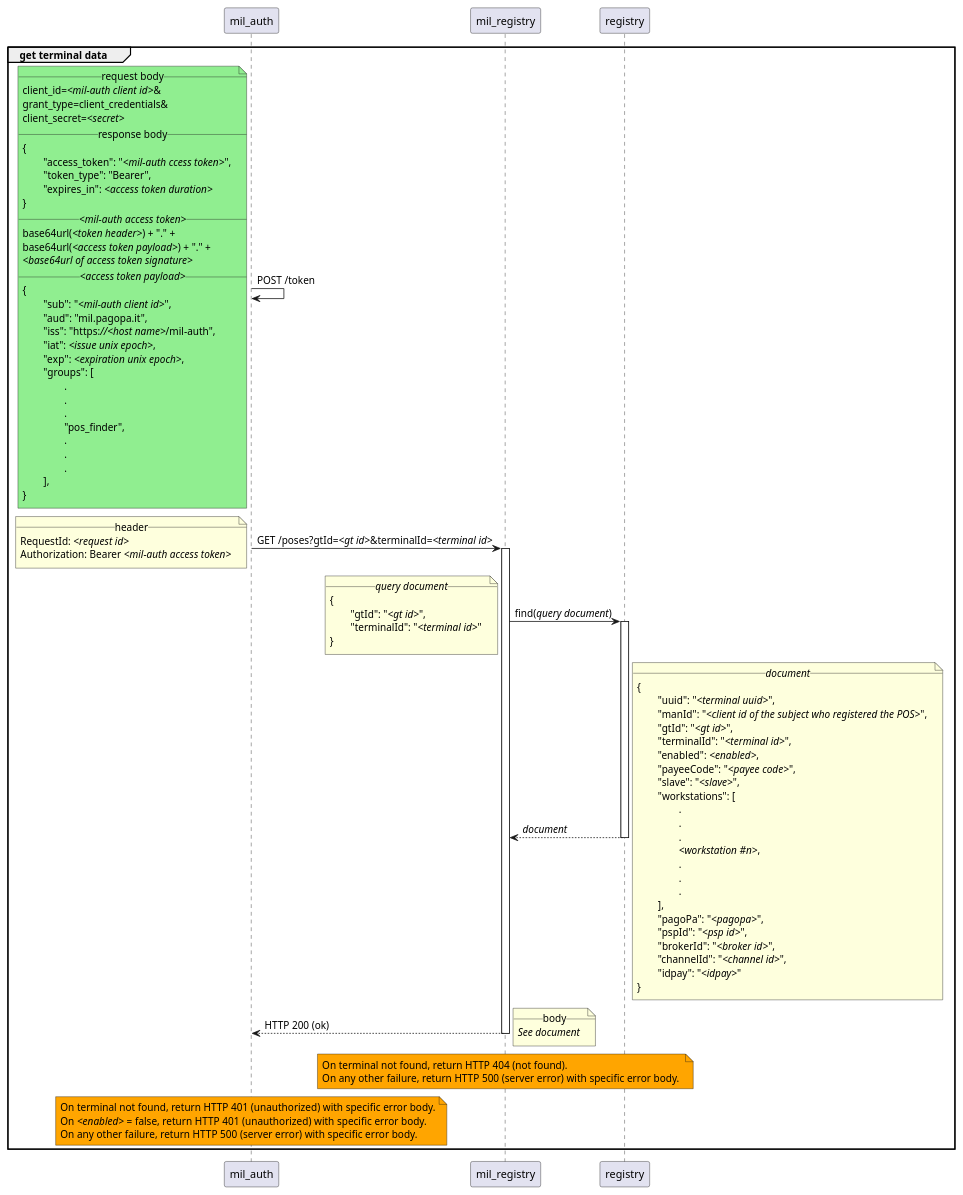
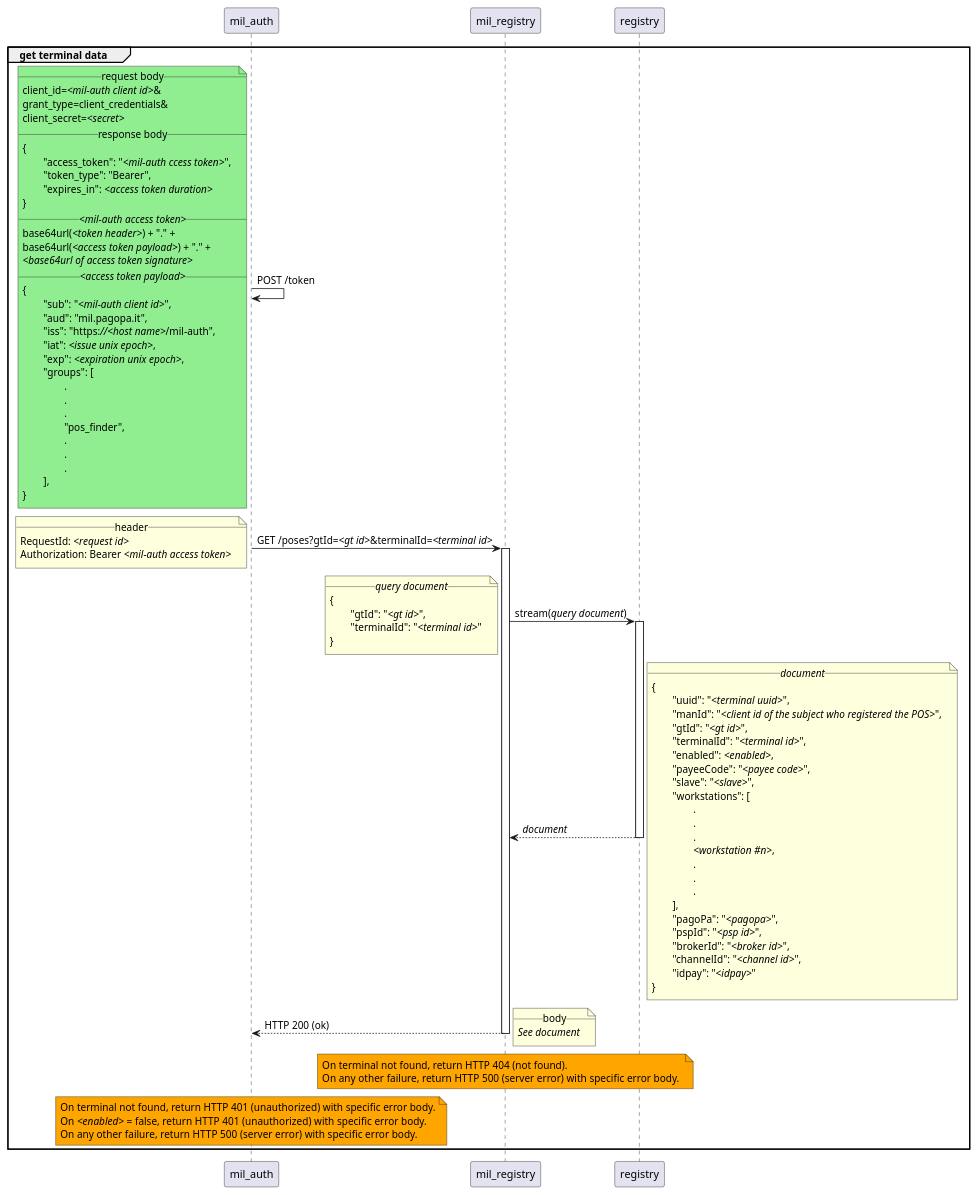
Before and after one commit to pagopa/mil-diags: the diagram in sequence_diags/pagoPA/pos_management/get_terminal_data.puml, drawn with PlantUML. The commit also changed 5 other files, not shown here.

```diff
--- a/sequence_diags/pagoPA/pos_management/get_terminal_data.puml
+++ b/sequence_diags/pagoPA/pos_management/get_terminal_data.puml
@@ -1,97 +1,97 @@
 group get terminal data
 	mil_auth -> mil_auth : POST /token
 		note left #LightGreen
 			__request body__
 			client_id=//<mil-auth client id>//&
 			grant_type=client_credentials&
 			client_secret=//<secret>//
 			__response body__
 			{
 				"access_token": "//<mil-auth ccess token>//",
 				"token_type": "Bearer",
 				"expires_in": //<access token duration>//
 			}
 			__//<mil-auth access token>//__
 			base64url(//<token header>//) + "." +
 			base64url(//<access token payload>//) + "." +
 			//<base64url of access token signature>//
 			__//<access token payload>//__
 			{
 				"sub": "//<mil-auth client id>//",
 				"aud": "mil.pagopa.it",
 				"iss": "https:////<host name>///mil-auth",
 				"iat": //<issue unix epoch>//,
 				"exp": //<expiration unix epoch>//,
 				"groups": [
 					.
 					.
 					.
 					"pos_finder",
 					.
 					.
 					.
 				],
 			}
 		end note
 
 	mil_auth -> mil_registry ++ : GET /poses?gtId=//<gt id>//&terminalId=//<terminal id>//
 		note left
 			__header__
 			RequestId: //<request id>//
 			Authorization: Bearer //<mil-auth access token>//
 		end note
 	
-	mil_registry -> registry ++ : find(//query document//)
+	mil_registry -> registry ++ : stream(//query document//)
 		note left
 			__//query document//__
 			{
 				"gtId": "//<gt id>//",
 				"terminalId": "//<terminal id>//"
 			}
 		end note
 
 	registry --> mil_registry -- : //document//
 		note right
 			__//document//__
 			{
 				"uuid": "//<terminal uuid>//",
 				"manId": "//<client id of the subject who registered the POS>//",
 				"gtId": "//<gt id>//",
 				"terminalId": "//<terminal id>//",
 				"enabled": //<enabled>//,
 				"payeeCode": "//<payee code>//",
 				"slave": "//<slave>//",
 				"workstations": [
 					.
 					.
 					.
 					//<workstation #n>//,
 					.
 					.
 					.
 				],
 				"pagoPa": "//<pagopa>//",
 				"pspId": "//<psp id>//",
 				"brokerId": "//<broker id>//",
 				"channelId": "//<channel id>//",
 				"idpay": "//<idpay>//"
 			}
 		end note
 	
 	mil_registry --> mil_auth -- : HTTP 200 (ok)
 		note right
 			__body__
 			//See document//
 		end note
 	
 	note over mil_registry #Orange
 		On terminal not found, return HTTP 404 (not found).
 		On any other failure, return HTTP 500 (server error) with specific error body. 
 	end note
 	
 	note over mil_auth #Orange
 		On terminal not found, return HTTP 401 (unauthorized) with specific error body.
 		On //<enabled>// = false, return HTTP 401 (unauthorized) with specific error body.
 		On any other failure, return HTTP 500 (server error) with specific error body. 
     end note
 end
```
